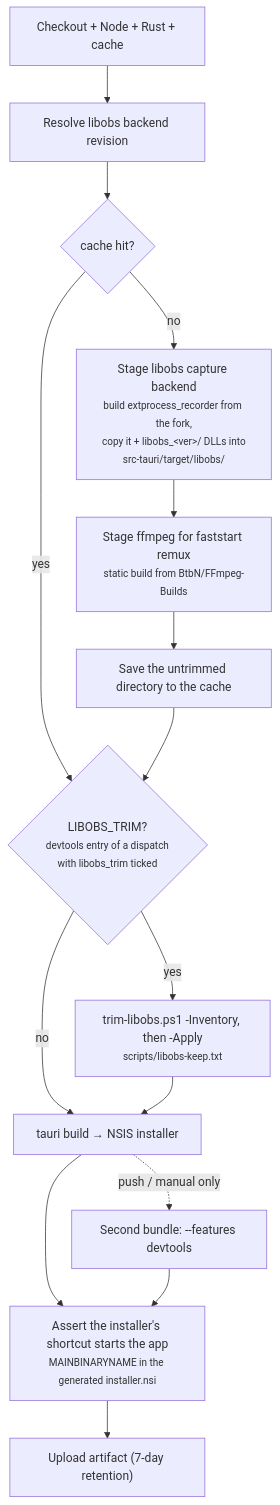
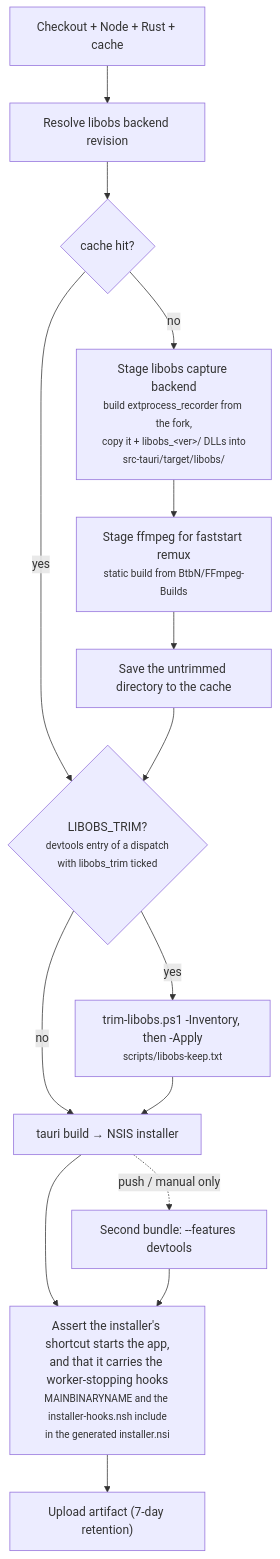
Before and after one commit to NinjaGoldfinch/ninja-recorder: the second of 3 diagrams in docs/ci-and-releases.md, drawn with Mermaid. The commit also changed other lines of this file and 7 other files, not shown here.

First line of the commit message:
fix(installer): stop the libobs worker before files are replaced (#232)

````diff
--- a/docs/ci-and-releases.md
+++ b/docs/ci-and-releases.md
@@ -376,17 +376,17 @@
 ```mermaid
 flowchart TB
     S["Checkout + Node + Rust + cache"] --> W1["Resolve libobs backend revision"]
     W1 --> W2{"cache hit?"}
     W2 -->|"no"| W3["Stage libobs capture backend<br/><small>build extprocess_recorder from the fork,<br/>copy it + libobs_&lt;ver&gt;/ DLLs into<br/>src-tauri/target/libobs/</small>"]
     W3 --> W4["Stage ffmpeg for faststart remux<br/><small>static build from BtbN/FFmpeg-Builds</small>"]
     W4 --> WS["Save the untrimmed directory to the cache"]
     W2 -->|"yes"| TR
     WS --> TR{"LIBOBS_TRIM?<br/><small>devtools entry of a dispatch<br/>with libobs_trim ticked</small>"}
     TR -->|"yes"| TT["trim-libobs.ps1 -Inventory, then -Apply<br/><small>scripts/libobs-keep.txt</small>"]
     TR -->|"no"| W5
     TT --> W5["tauri build → NSIS installer"]
-    W5 --> C["Assert the installer's shortcut starts the app<br/><small>MAINBINARYNAME in the generated installer.nsi</small>"]
+    W5 --> C["Assert the installer's shortcut starts the app,<br/>and that it carries the worker-stopping hooks<br/><small>MAINBINARYNAME and the installer-hooks.nsh include<br/>in the generated installer.nsi</small>"]
     C --> U["Upload artifact (7-day retention)"]
     W5 -.->|"push / manual only"| W6["Second bundle: --features devtools"]
     W6 --> C
 ```
````
